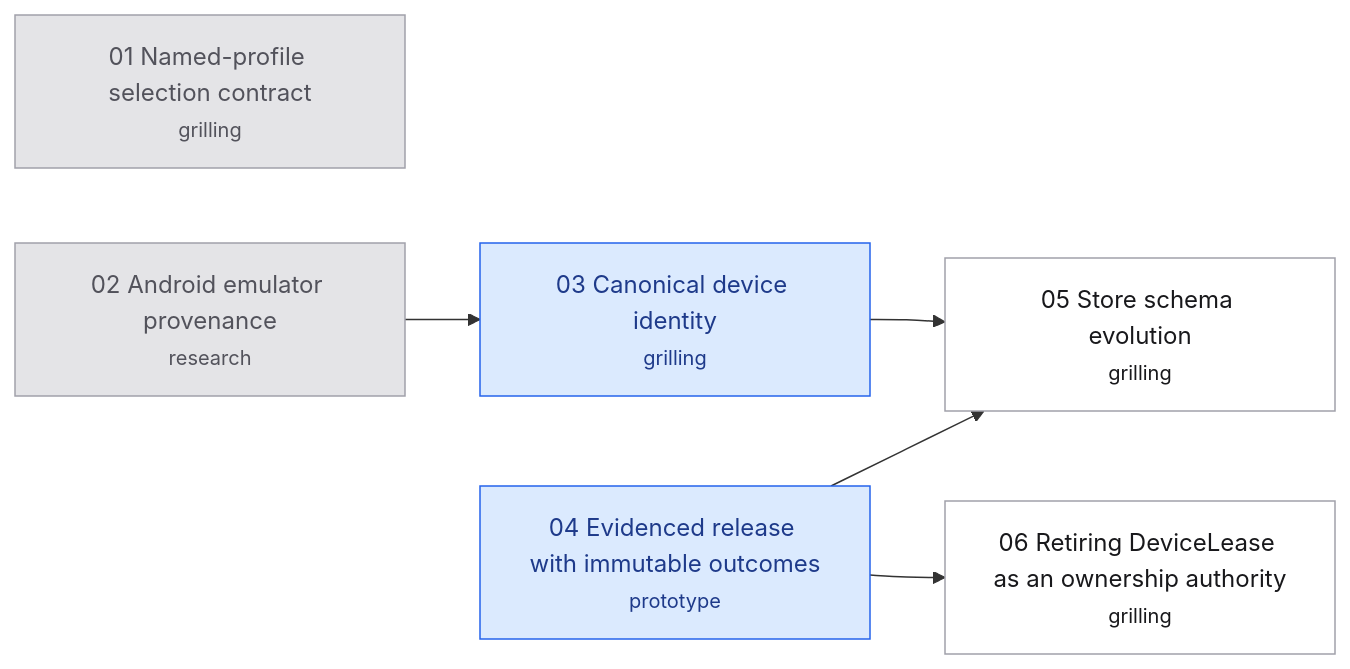
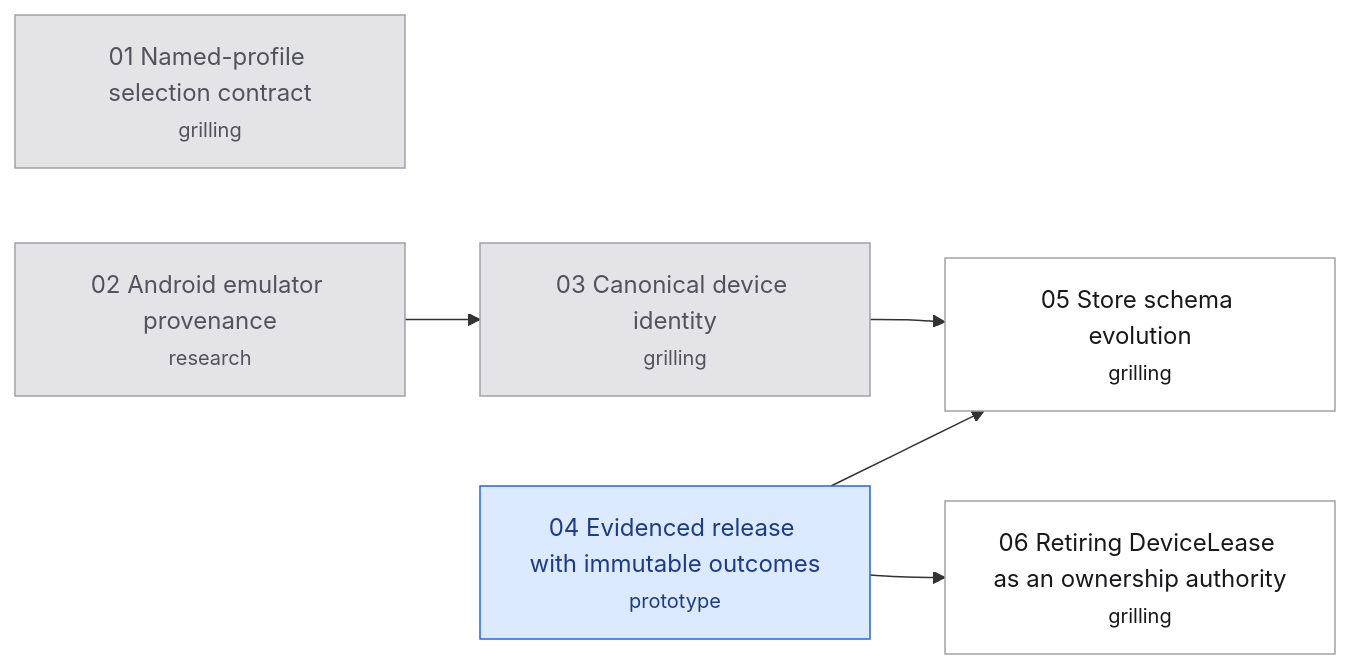
One commit to hugues-vnsgn/jev-ios-bridge changed the diagram in .scratch/appium-phase2/map.md. Above: the diagram before and after it, drawn with Mermaid. The commit also changed other lines of this file and 4 other files, not shown here.

````diff
--- a/.scratch/appium-phase2/map.md
+++ b/.scratch/appium-phase2/map.md
@@ -39,20 +40,20 @@
 ```mermaid
 flowchart LR
     T01["01 Named-profile selection contract<br/><small>grilling</small>"]
     T02["02 Android emulator provenance<br/><small>research</small>"]
     T03["03 Canonical device identity<br/><small>grilling</small>"]
     T04["04 Evidenced release with immutable outcomes<br/><small>prototype</small>"]
     T05["05 Store schema evolution<br/><small>grilling</small>"]
     T06["06 Retiring DeviceLease as an ownership authority<br/><small>grilling</small>"]
     T02 --> T03
     T03 --> T05
     T04 --> T05
     T04 --> T06
     classDef resolved fill:#e4e4e7,stroke:#a1a1aa,color:#52525b
     classDef claimed fill:#dbeafe,stroke:#2563eb,color:#1e3a8a
     classDef frontier fill:#dcfce7,stroke:#16a34a,color:#14532d,stroke-width:2px
     classDef blocked fill:#ffffff,stroke:#a1a1aa,color:#18181b
-    class T01,T02 resolved
-    class T03,T04 claimed
+    class T01,T02,T03 resolved
+    class T04 claimed
     class T05,T06 blocked
 ```
````
